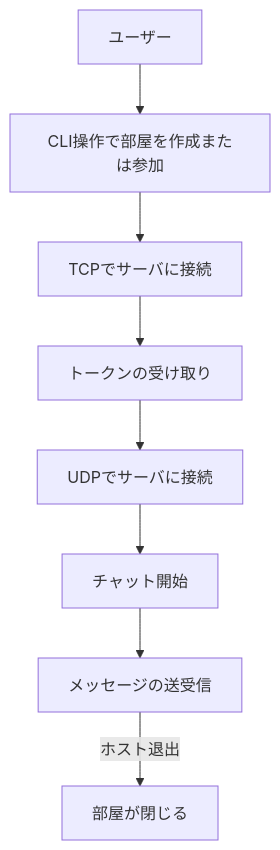
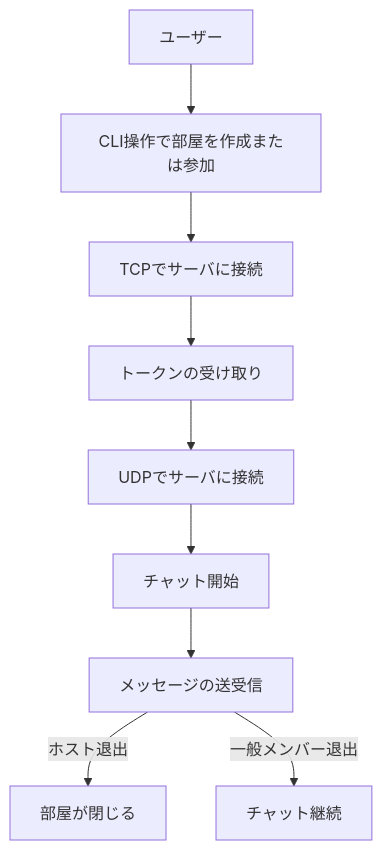
The diagram in README.md (ksk-aiko/OnlineChatMessengerSystem), drawn with Mermaid before and after one commit. The commit also changed other lines of this file, not shown here.

````diff
--- a/README.md
+++ b/README.md
@@ -40,10 +47,11 @@
 ```mermaid
 graph TD
     A[ユーザー] --> B[CLI操作で部屋を作成または参加]
     B --> C[TCPでサーバに接続]
     C --> D[トークンの受け取り]
     D --> E[UDPでサーバに接続]
     E --> F[チャット開始]
     F --> G[メッセージの送受信]
     G -->|ホスト退出| H[部屋が閉じる]
+    G -->|一般メンバー退出| I[チャット継続]
 ```
````
